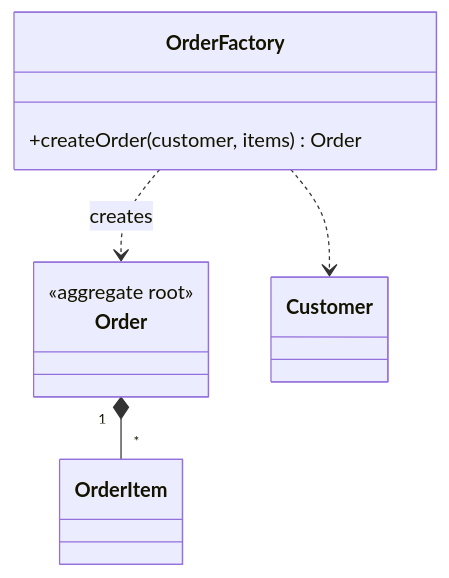
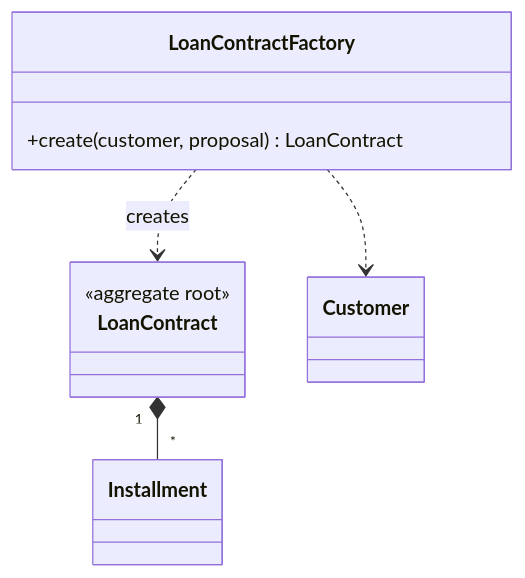
Before and after one commit to alancesar/design-patterns: the diagram in i18n/en/docusaurus-plugin-content-docs/current/design/ddd/building-blocks/factory.md, drawn with Mermaid. The commit also changed other lines of this file and 67 other files, not shown here.

First line of the commit message:
Switch DDD examples and diagrams to fintech scenarios

````diff
--- a/i18n/en/docusaurus-plugin-content-docs/current/design/ddd/building-blocks/factory.md
+++ b/i18n/en/docusaurus-plugin-content-docs/current/design/ddd/building-blocks/factory.md
@@ -53,14 +53,14 @@
 ```mermaid
 classDiagram
-    class OrderFactory {
-        +createOrder(customer, items) Order
+    class LoanContractFactory {
+        +create(customer, proposal) LoanContract
     }
-    class Order {
+    class LoanContract {
         <<aggregate root>>
     }
-    class OrderItem
+    class Installment
     class Customer
-    OrderFactory ..> Order : creates
-    OrderFactory ..> Customer
-    Order "1" *-- "*" OrderItem
+    LoanContractFactory ..> LoanContract : creates
+    LoanContractFactory ..> Customer
+    LoanContract "1" *-- "*" Installment
 ```
````
